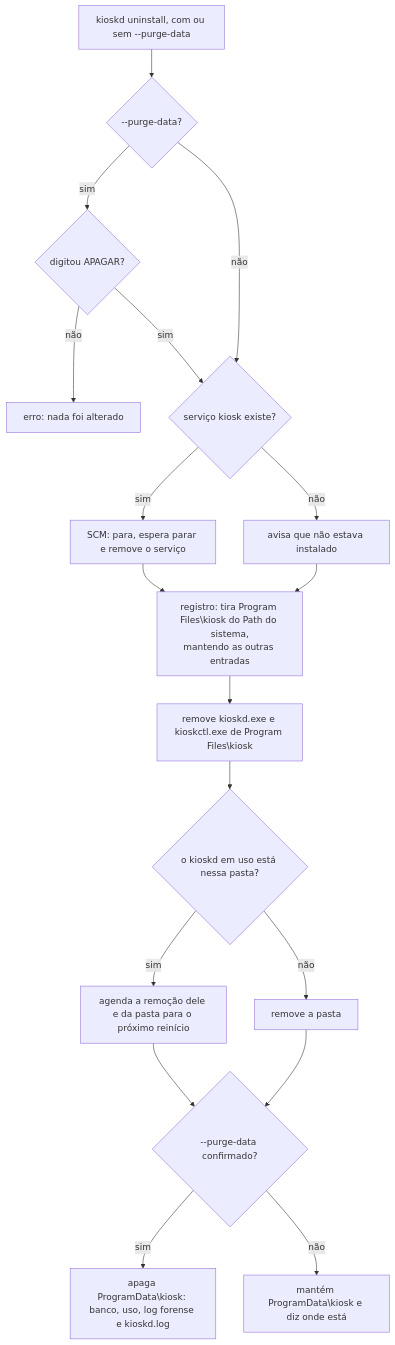
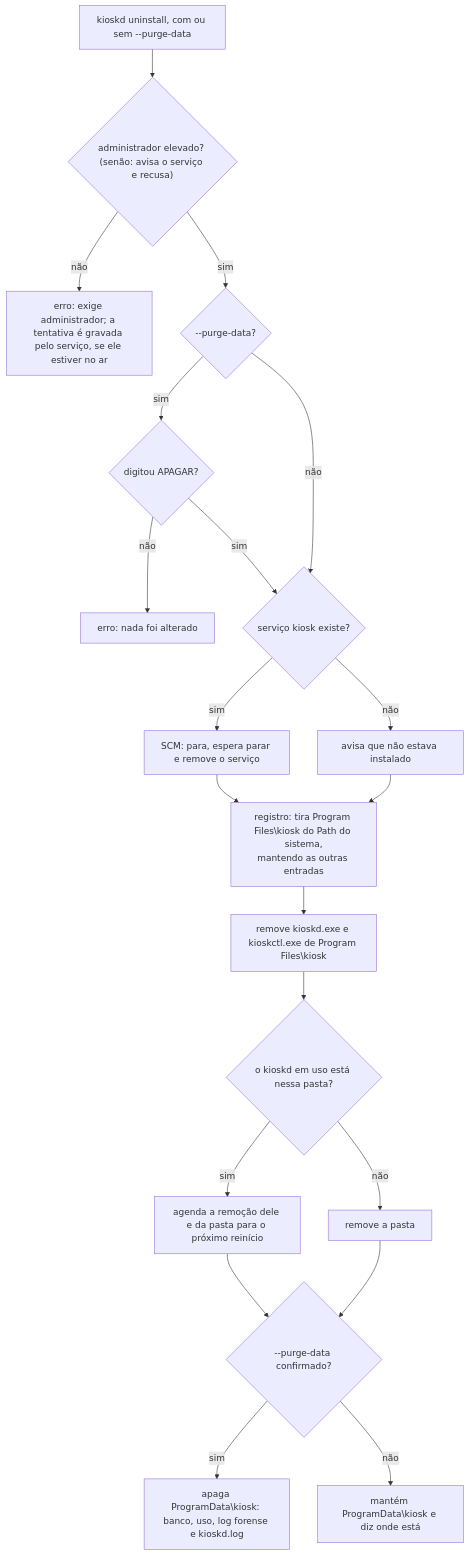
One commit to jefersonlop3s/kiosk-engine changed diagram 19 of 28 in docs/architecture/fluxos-dos-comandos.md. Above: the diagram before and after it, drawn with Mermaid. The commit also changed other lines of this file and 22 other files, not shown here.

````diff
--- a/docs/architecture/fluxos-dos-comandos.md
+++ b/docs/architecture/fluxos-dos-comandos.md
@@ -301,20 +305,22 @@
 ```mermaid
 flowchart TD
-    A["kioskd uninstall, com ou sem --purge-data"] --> B{"--purge-data?"}
+    A["kioskd uninstall, com ou sem --purge-data"] --> A0{"administrador elevado? (senão: avisa o serviço e recusa)"}
+    A0 -->|não| E0["erro: exige administrador; a tentativa é gravada pelo serviço, se ele estiver no ar"]
+    A0 -->|sim| B{"--purge-data?"}
     B -->|sim| C{"digitou APAGAR?"}
     C -->|não| E1["erro: nada foi alterado"]
     C -->|sim| D
     B -->|não| D{"serviço kiosk existe?"}
     D -->|sim| F["SCM: para, espera parar e remove o serviço"]
     D -->|não| G["avisa que não estava instalado"]
     F --> Q["registro: tira Program Files\kiosk do Path do sistema,<br/>mantendo as outras entradas"]
     G --> Q
     Q --> H["remove kioskd.exe e kioskctl.exe de Program Files\kiosk"]
     H --> I{"o kioskd em uso está nessa pasta?"}
     I -->|sim| J["agenda a remoção dele e da pasta para o próximo reinício"]
     I -->|não| K["remove a pasta"]
     J --> L{"--purge-data confirmado?"}
     K --> L
     L -->|sim| M["apaga ProgramData\kiosk: banco, uso, log forense e kioskd.log"]
     L -->|não| N["mantém ProgramData\kiosk e diz onde está"]
 ```
````
